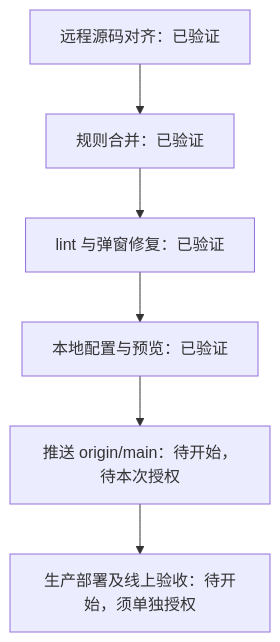
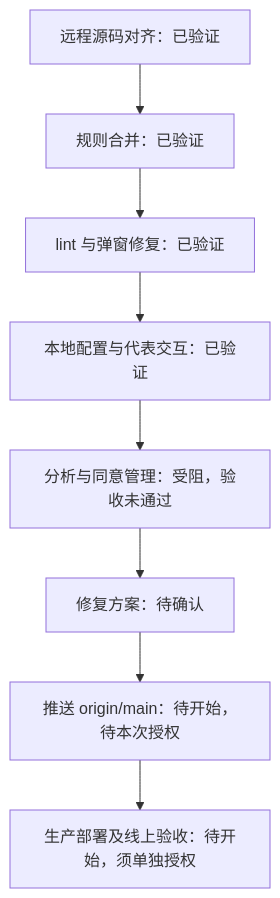
The diagram in docs/project-progress.md (forfunly/seineshop), drawn with Mermaid before and after one commit. The commit also changed other lines of this file and 6 other files, not shown here.

Commit message:
docs: record consent validation failure and update roadmap

````diff
--- a/docs/project-progress.md
+++ b/docs/project-progress.md
@@ -9,8 +11,10 @@
 ```mermaid
 flowchart TD
     A[远程源码对齐：已验证] --> B[规则合并：已验证]
     B --> C[lint 与弹窗修复：已验证]
-    C --> D[本地配置与预览：已验证]
-    D --> E[推送 origin/main：待开始，待本次授权]
+    C --> D[本地配置与代表交互：已验证]
+    D --> G[分析与同意管理：受阻，验收未通过]
+    G --> R[修复方案：待确认]
+    R --> E[推送 origin/main：待开始，待本次授权]
     E --> F[生产部署及线上验收：待开始，须单独授权]
 ```
````
